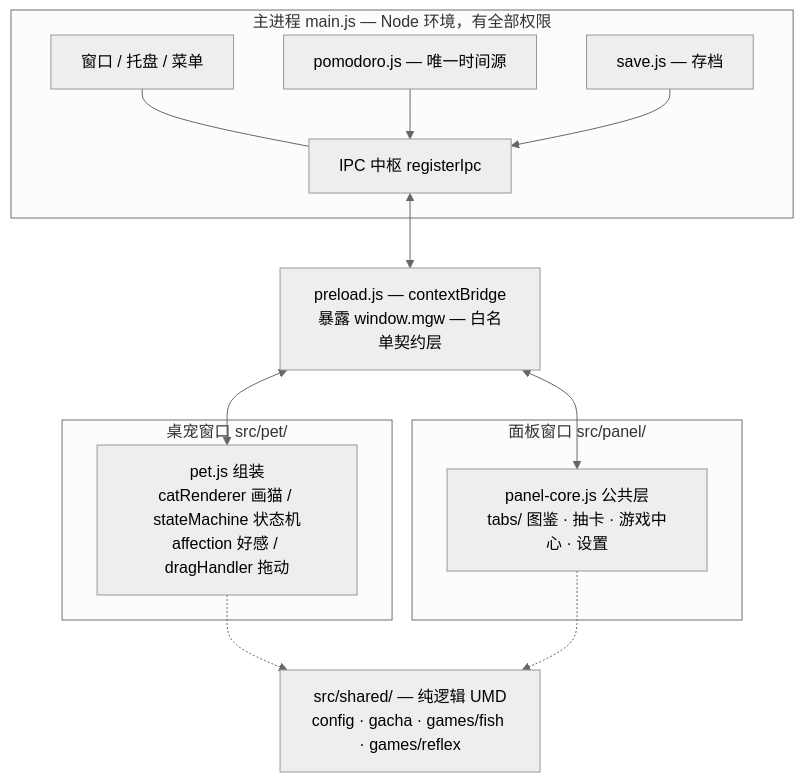
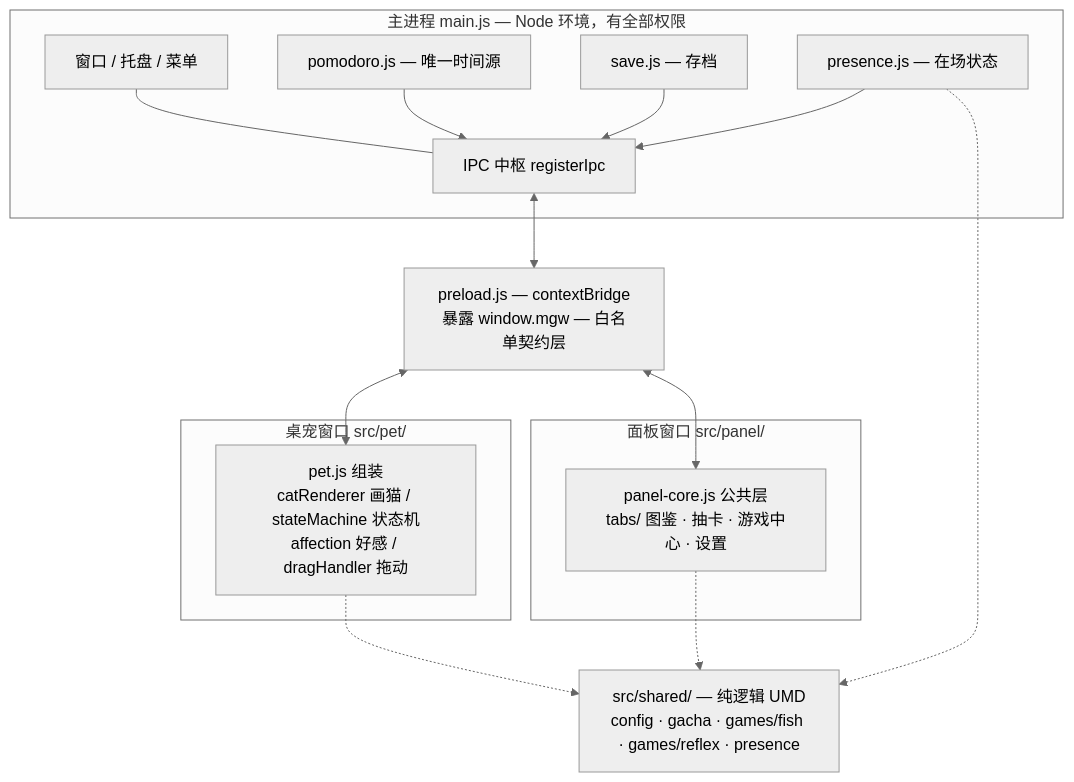
One commit to InQing/meow-workstation changed the diagram in docs/ARCHITECTURE.md. Above: the diagram before and after it, drawn with Mermaid (neutral theme). The commit also changed other lines of this file and 12 other files, not shown here.

````diff
--- a/docs/ARCHITECTURE.md
+++ b/docs/ARCHITECTURE.md
@@ -9,25 +9,28 @@
 ```mermaid
 flowchart TB
   subgraph MP["主进程 main.js — Node 环境，有全部权限"]
     W["窗口 / 托盘 / 菜单"]
     I["IPC 中枢 registerIpc"]
     PM["pomodoro.js — 唯一时间源"]
     SV["save.js — 存档"]
+    PR["presence.js — 在场状态"]
   end
   PL["preload.js — contextBridge<br/>暴露 window.mgw — 白名单契约层"]
   subgraph PET["桌宠窗口 src/pet/"]
     PE["pet.js 组装<br/>catRenderer 画猫 / stateMachine 状态机<br/>affection 好感 / dragHandler 拖动"]
   end
   subgraph PAN["面板窗口 src/panel/"]
     PA["panel-core.js 公共层<br/>tabs/ 图鉴 · 抽卡 · 游戏中心 · 设置"]
   end
-  SH["src/shared/ — 纯逻辑 UMD<br/>config · gacha · games/fish · games/reflex"]
+  SH["src/shared/ — 纯逻辑 UMD<br/>config · gacha · games/fish · games/reflex · presence"]
   W --- I
   PM --> I
   SV --> I
+  PR --> I
   I <--> PL
   PL <--> PE
   PL <--> PA
   PE -.-> SH
   PA -.-> SH
+  PR -.-> SH
 ```
````
